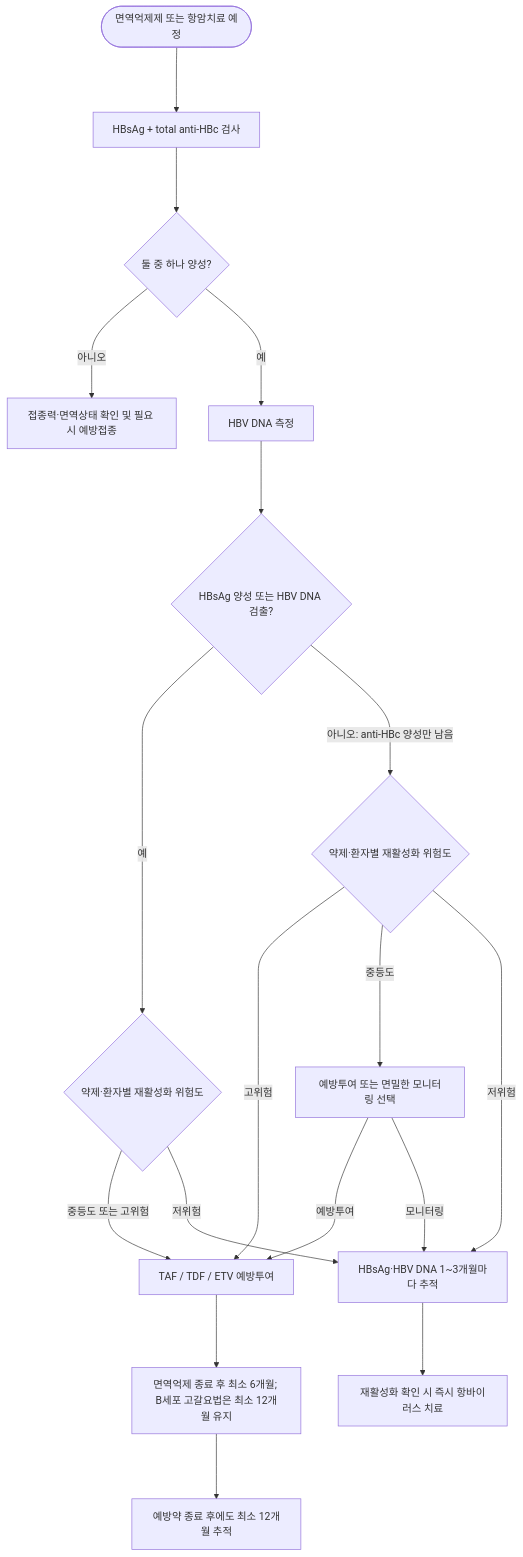
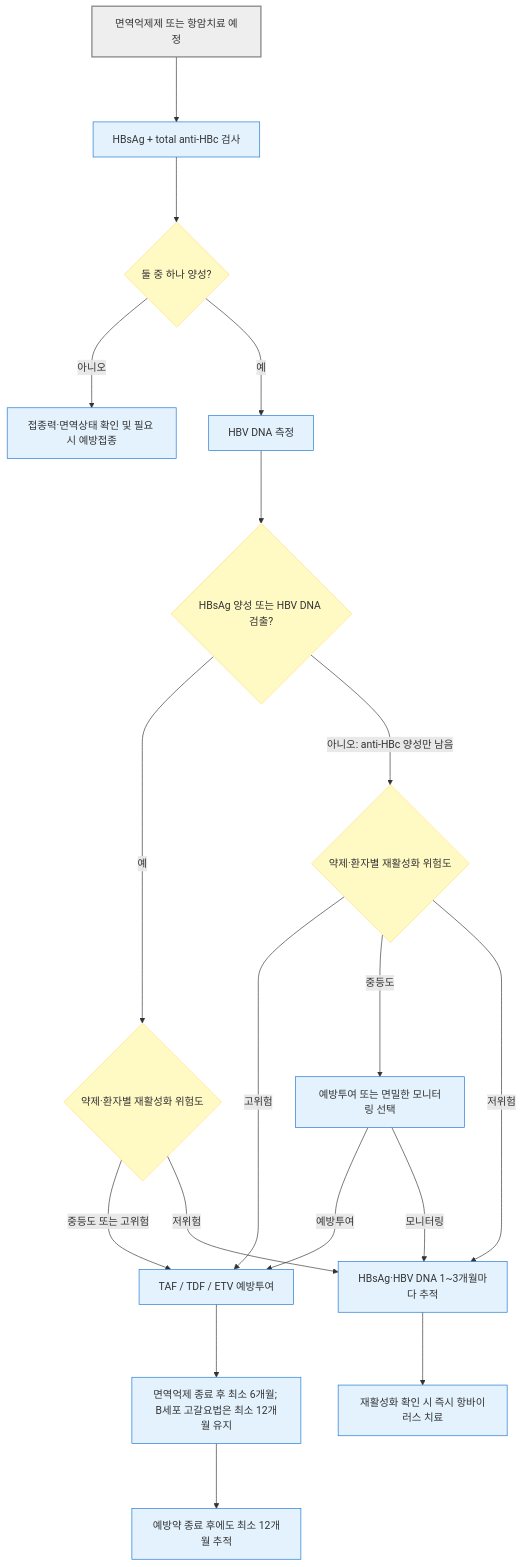
Before and after one commit to familyoh77/familyoh77: the fourth of 4 diagrams in 224_/091_hbv-infection.md, drawn with Mermaid. The commit also changed other lines of this file and 8 other files, not shown here.

````diff
--- a/224_/091_hbv-infection.md
+++ b/224_/091_hbv-infection.md
@@ -462,20 +484,26 @@
 ```mermaid
 flowchart TD
-    A(["면역억제제 또는 항암치료 예정"]) ---> B["HBsAg + total anti-HBc 검사"]
+    A["면역억제제 또는 항암치료 예정"] ---> B["HBsAg + total anti-HBc 검사"]
     B ---> C{"둘 중 하나 양성?"}
     C -- 아니오 ---> V["접종력·면역상태 확인 및 필요 시 예방접종"]
     C -- 예 ---> D["HBV DNA 측정"]
     D ---> E{"HBsAg 양성 또는 HBV DNA 검출?"}
     E -- 예 ---> F{"약제·환자별 재활성화 위험도"}
     F -- "중등도 또는 고위험" ---> P["TAF / TDF / ETV 예방투여"]
     F -- 저위험 ---> M["HBsAg·HBV DNA 1~3개월마다 추적"]
     E -- "아니오: anti-HBc 양성만 남음" ---> G{"약제·환자별 재활성화 위험도"}
     G -- 고위험 ---> P
     G -- 중등도 ---> Q["예방투여 또는 면밀한 모니터링 선택"]
     G -- 저위험 ---> M
     Q -- 예방투여 ---> P
     Q -- 모니터링 ---> M
     P ---> N["면역억제 종료 후 최소 6개월; B세포 고갈요법은 최소 12개월 유지"]
     N ---> O["예방약 종료 후에도 최소 12개월 추적"]
     M ---> R["재활성화 확인 시 즉시 항바이러스 치료"]
+    classDef question fill:#fff9c4,stroke:#ffe082
+    classDef treatment fill:#e3f2fd,stroke:#1976d2
+    classDef emergency fill:#ffdddd,stroke:#d32f2f,stroke-width:2px
+    class C,E,F,G question
+    class B,V,D,P,M,Q,N,O,R treatment
+    style A fill:#eeeeee,stroke:#888888,stroke-width:2px
 ```
````
